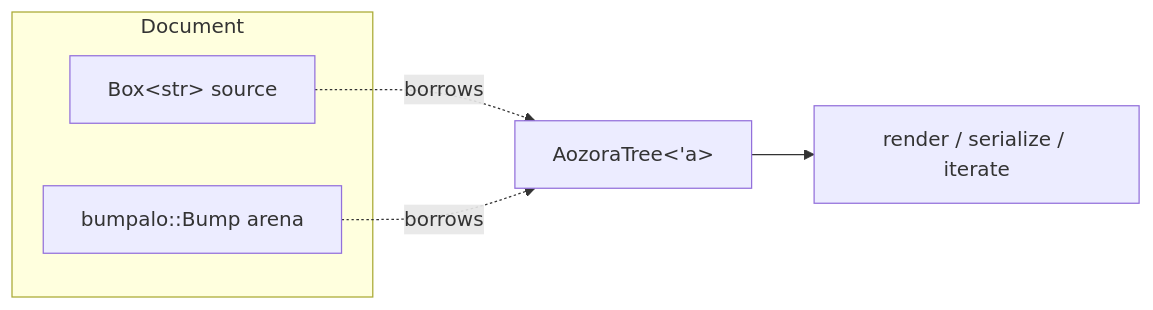
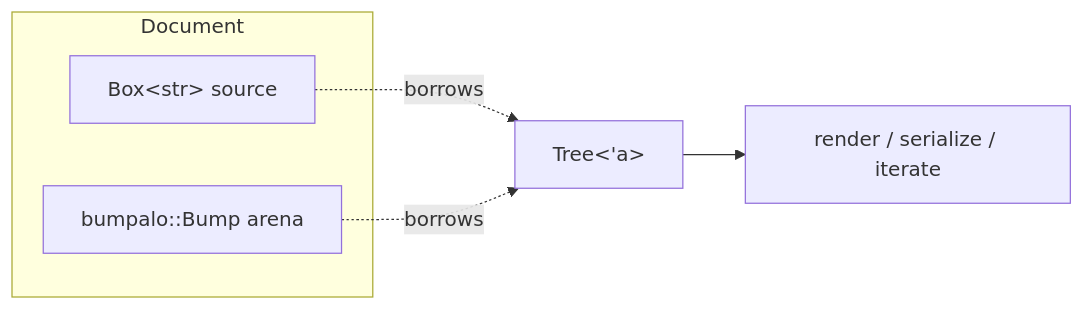
Before and after one commit to P4suta/aozora: the diagram in crates/aozora-book/src/arch/arena.md, drawn with Mermaid. The commit also changed other lines of this file and 491 other files, not shown here.

````diff
--- a/crates/aozora-book/src/arch/arena.md
+++ b/crates/aozora-book/src/arch/arena.md
@@ -10,13 +10,13 @@
 ```mermaid
 flowchart LR
     subgraph Document
         src["Box&lt;str&gt; source"]
         bump["bumpalo::Bump arena"]
     end
-    tree["AozoraTree&lt;'a&gt;"]
+    tree["Tree&lt;'a&gt;"]
     walk["render / serialize / iterate"]
 
     src -.borrows.-> tree
     bump -.borrows.-> tree
     tree --> walk
 ```
````
